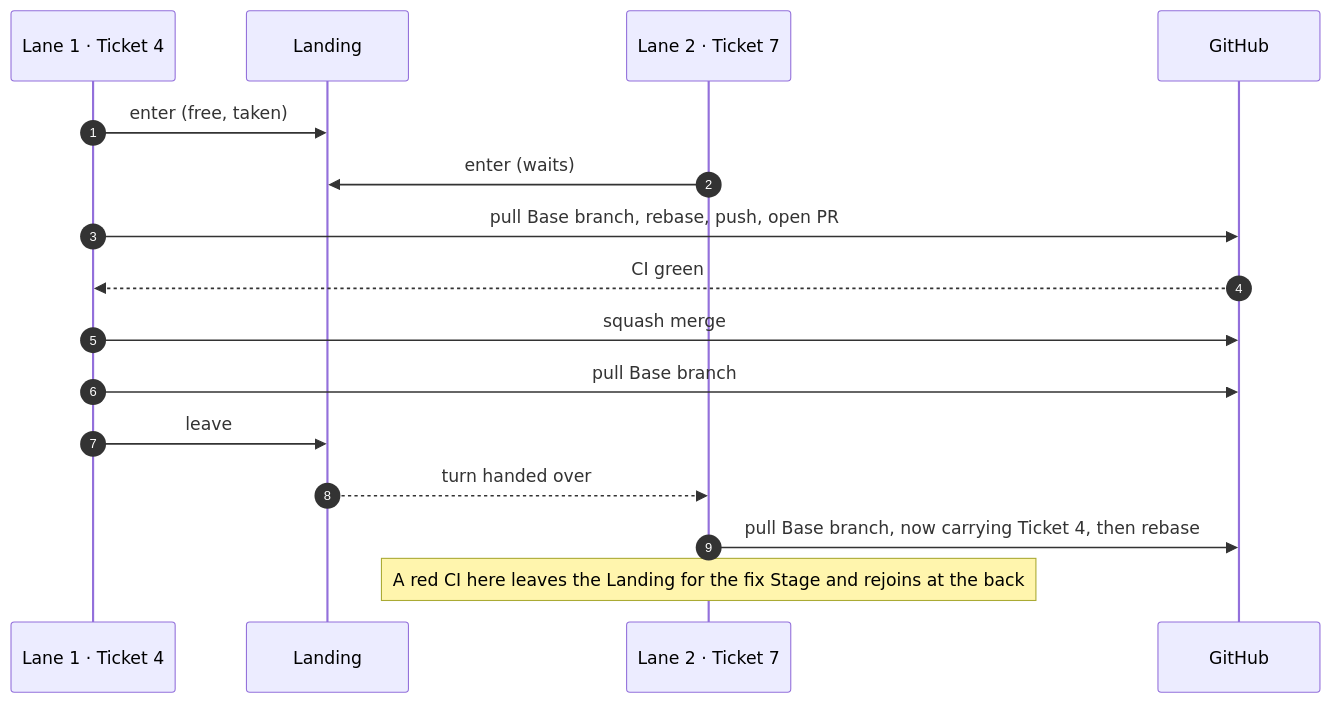
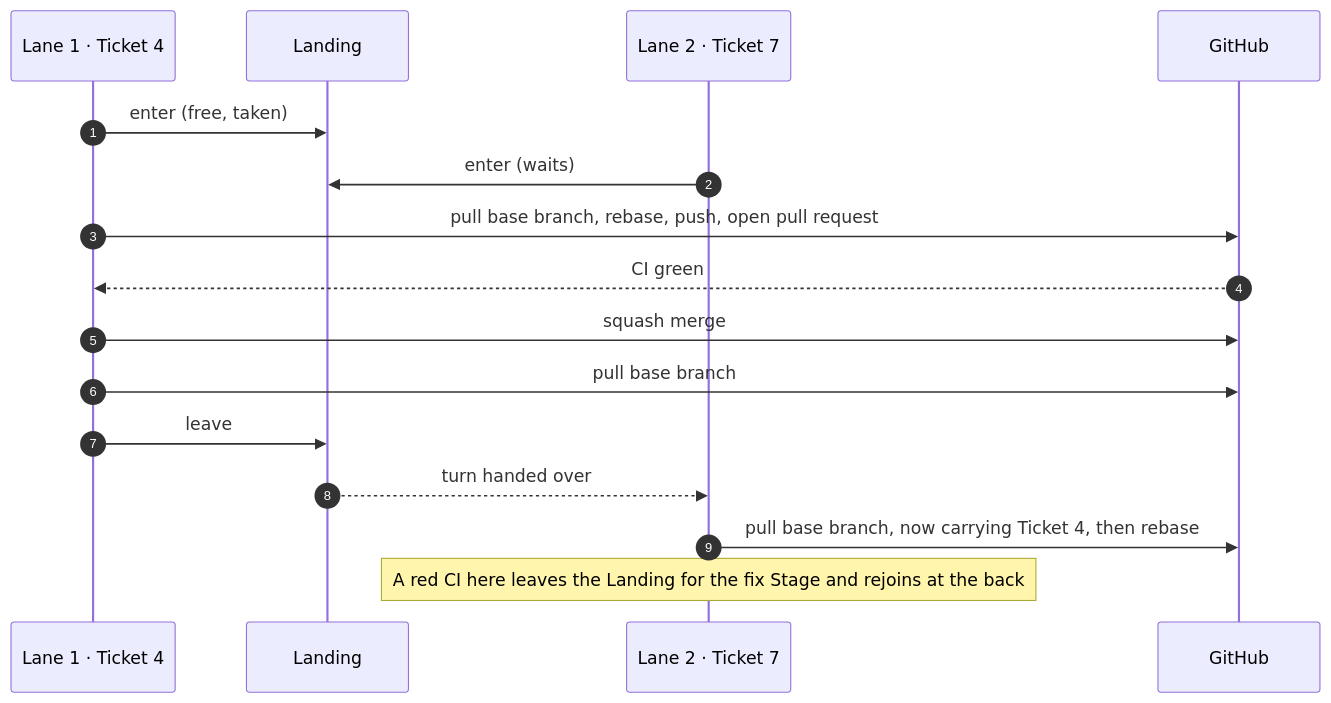
Before and after one commit to jjongs2/ticket-runner: the second of 2 diagrams in wiki/en/guide/ticket-to-merge.md, drawn with Mermaid. The commit also changed other lines of this file and 20 other files, not shown here.

````diff
--- a/wiki/en/guide/ticket-to-merge.md
+++ b/wiki/en/guide/ticket-to-merge.md
@@ -193,18 +193,18 @@
 ```mermaid
 sequenceDiagram
     autonumber
     participant A as Lane 1 · Ticket 4
     participant L as Landing
     participant B as Lane 2 · Ticket 7
     participant GH as GitHub
     A->>L: enter (free, taken)
     B->>L: enter (waits)
-    A->>GH: pull Base branch, rebase, push, open PR
+    A->>GH: pull base branch, rebase, push, open pull request
     GH-->>A: CI green
     A->>GH: squash merge
-    A->>GH: pull Base branch
+    A->>GH: pull base branch
     A->>L: leave
     L-->>B: turn handed over
-    B->>GH: pull Base branch, now carrying Ticket 4, then rebase
+    B->>GH: pull base branch, now carrying Ticket 4, then rebase
     Note over B: A red CI here leaves the Landing for the fix Stage and rejoins at the back
 ```
````
